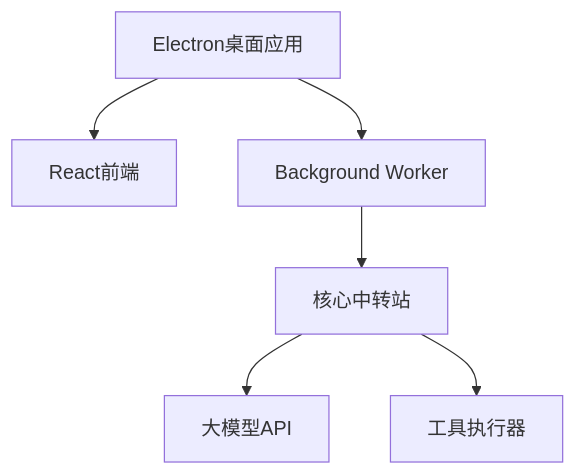
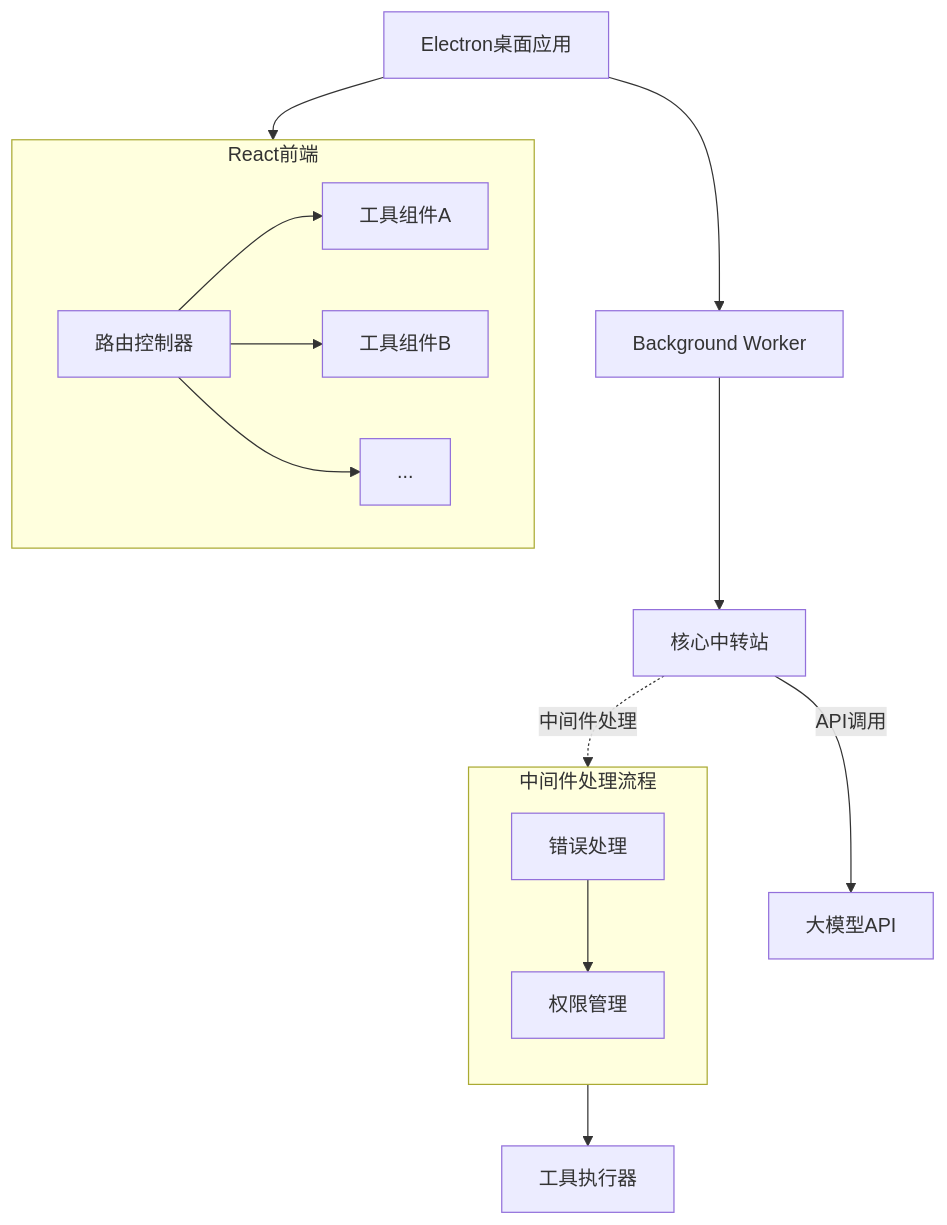
One commit to waht41/auto_machine changed the diagram in readme_zh.md. Above: the diagram before and after it, drawn with Mermaid. The commit also changed other lines of this file and 2 other files, not shown here.

Commit message:
改改文档

````diff
--- a/readme_zh.md
+++ b/readme_zh.md
@@ -39,8 +34,23 @@
 ```mermaid
 graph TD
-    A[Electron桌面应用] --> B[React前端]
+    A[Electron桌面应用] --> B(React前端)
     A --> C[Background Worker]
     C --> D[核心中转站]
-    D --> E[大模型API]
-    D --> F[工具执行器]
+
+    D -->|API调用| E[大模型API]
+    D -. 中间件处理 .-> M1[错误处理]
+
+    subgraph B [React前端]
+        direction LR
+        B1[路由控制器] --> B2[工具组件A]
+        B1 --> B3[工具组件B]
+        B1 --> B4[...]
+    end
+
+    subgraph Middleware [中间件处理流程]
+        direction TB
+        M1 --> M2[权限管理]
+    end
+
+    M2 --> F[工具执行器]
 ```
````
